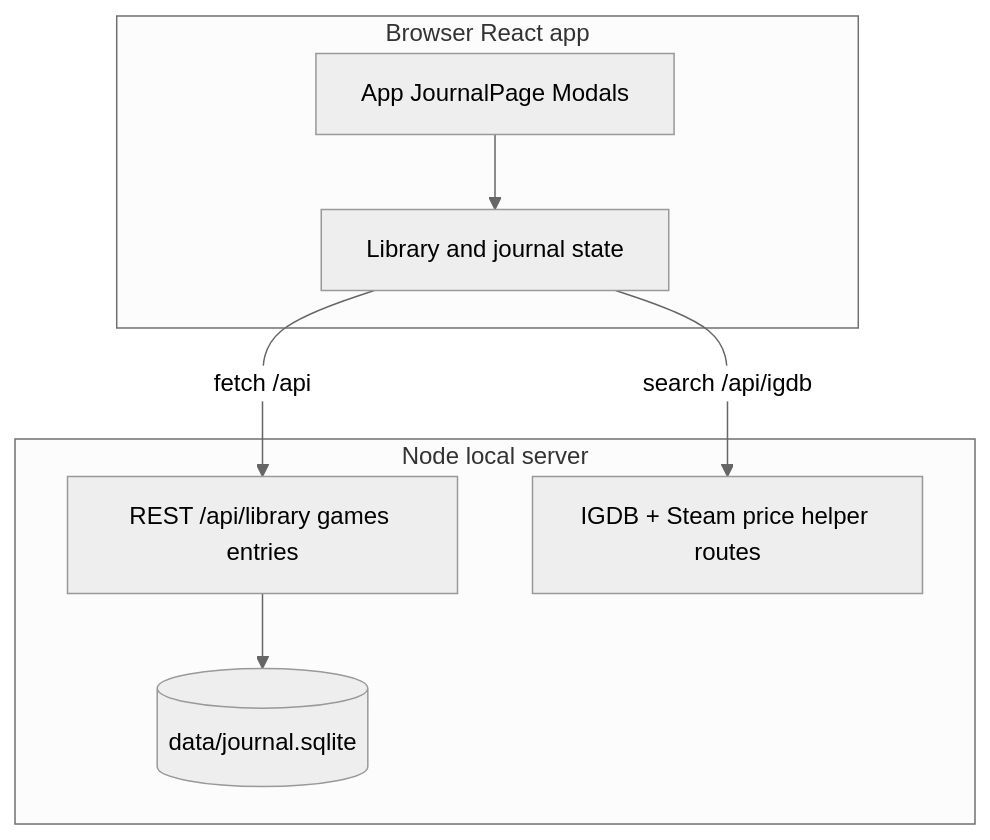
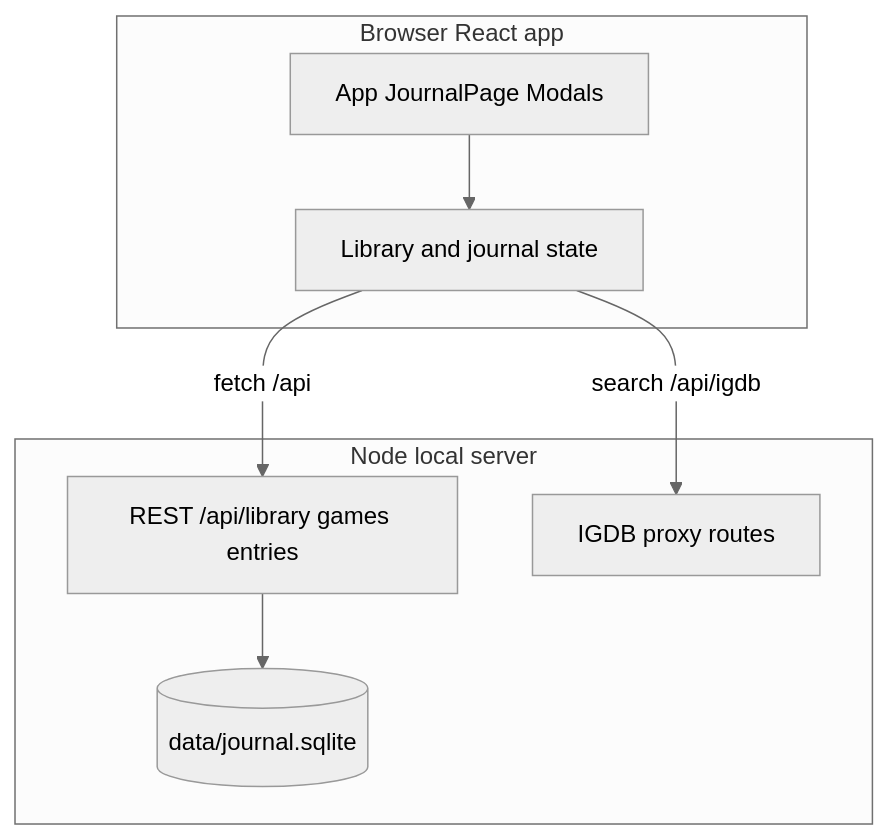
The diagram in README.md (BenJPanackal/game-journal-clean), drawn with Mermaid (neutral theme) before and after one commit. The commit also changed other lines of this file and 13 other files, not shown here.

First line of the commit message:
Remove list price and Steam pricing from app and API

````diff
--- a/README.md
+++ b/README.md
@@ -13,16 +13,16 @@
 ```mermaid
 flowchart TB
   subgraph browser [Browser React app]
     UI[App JournalPage Modals]
     Ctx[Library and journal state]
   end
   subgraph node [Node local server]
     API[REST /api/library games entries]
     Store[(data/journal.sqlite)]
-    IGDBProxy[IGDB + Steam price helper routes]
+    IGDBProxy[IGDB proxy routes]
   end
   UI --> Ctx
   Ctx -->|fetch /api| API
   API --> Store
   Ctx -->|search /api/igdb| IGDBProxy
 ```
````
